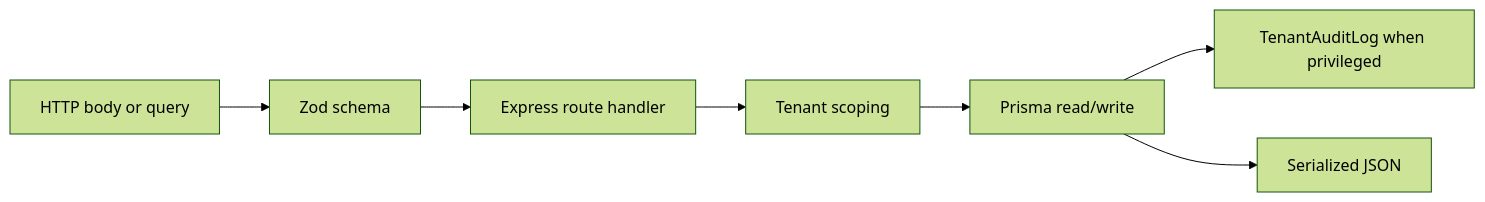
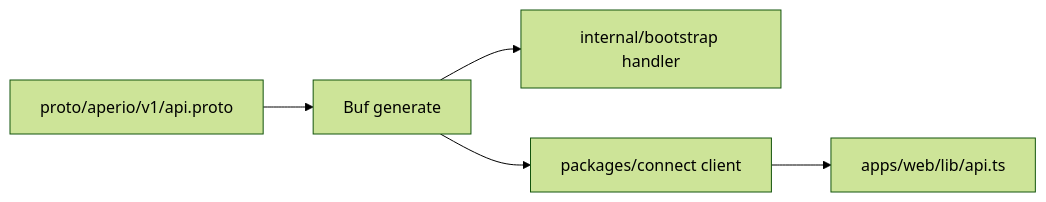
One commit to writer/Aperio changed the diagram in droid-wiki/how-to-contribute/patterns-and-conventions.md. Above: the diagram before and after it, drawn with Mermaid (forest theme). The commit also changed other lines of this file and 31 other files, not shown here.

````diff
--- a/droid-wiki/how-to-contribute/patterns-and-conventions.md
+++ b/droid-wiki/how-to-contribute/patterns-and-conventions.md
@@ -38,9 +7,7 @@
 ```mermaid
 flowchart LR
-  Input[HTTP body or query] --> Schema[Zod schema]
-  Schema --> Route[Express route handler]
-  Route --> Scope[Tenant scoping]
-  Scope --> DB[Prisma read/write]
-  DB --> Audit[TenantAuditLog when privileged]
-  DB --> Response[Serialized JSON]
+  Proto[proto/aperio/v1/api.proto] --> Generate[Buf generate]
+  Generate --> Go[internal/bootstrap handler]
+  Generate --> TS[packages/connect client]
+  TS --> Web[apps/web/lib/api.ts]
 ```
````
